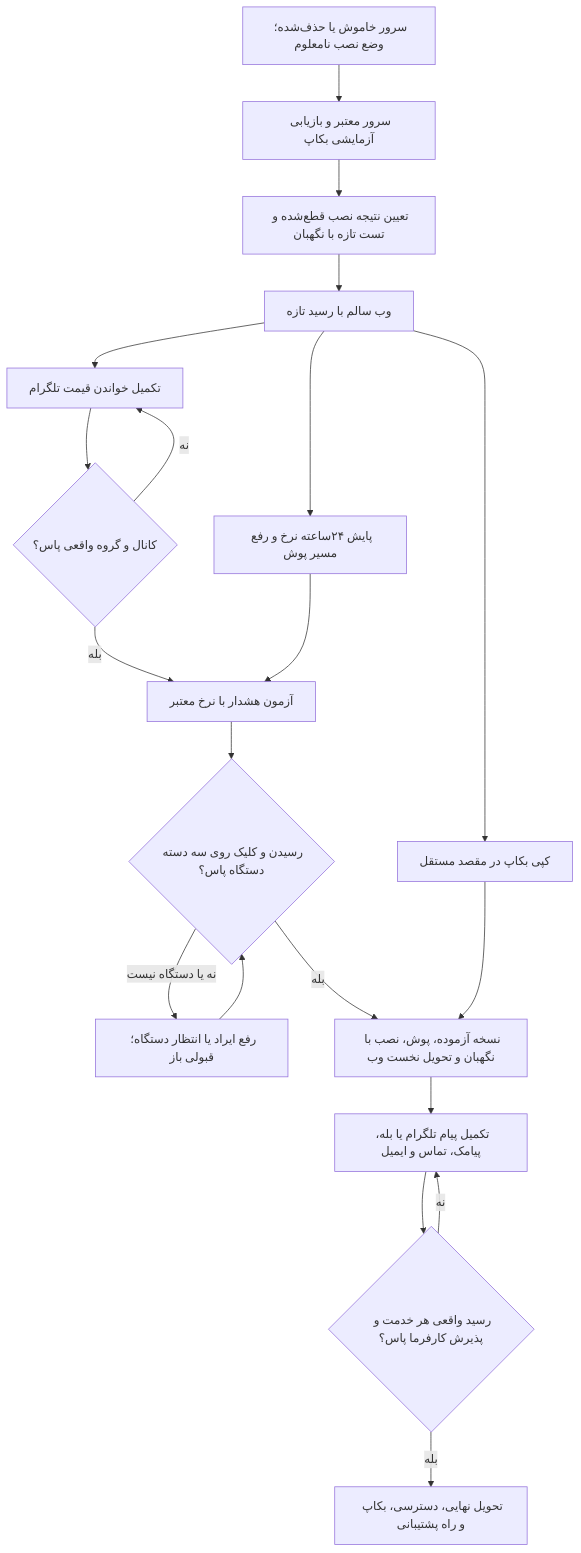
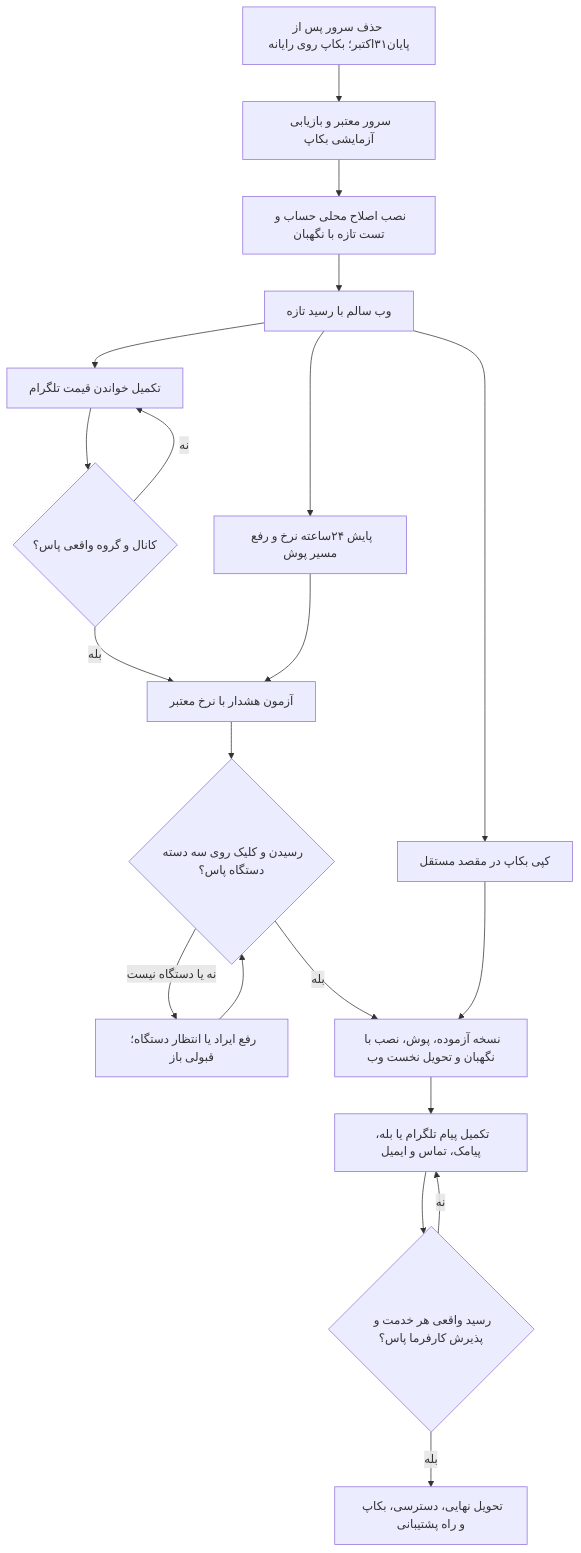
One commit to Ilia-Shakeri/Nerkhbaan changed the first of 2 diagrams in docs/project-completion-roadmap-fa.md. Above: the diagram before and after it, drawn with Mermaid. The commit also changed other lines of this file and 14 other files, not shown here.

````diff
--- a/docs/project-completion-roadmap-fa.md
+++ b/docs/project-completion-roadmap-fa.md
@@ -41,22 +41,22 @@
 ```mermaid
 flowchart TD
-    S[سرور خاموش یا حذف‌شده؛ وضع نصب نامعلوم] --> R[سرور معتبر و بازیابی آزمایشی بکاپ]
-    R --> T[تعیین نتیجه نصب قطع‌شده و تست تازه با نگهبان]
+    S[حذف سرور پس از پایان۳۱اکتبر؛ بکاپ روی رایانه] --> R[سرور معتبر و بازیابی آزمایشی بکاپ]
+    R --> T[نصب اصلاح محلی حساب و تست تازه با نگهبان]
     T --> A[وب سالم با رسید تازه]
     A --> B[کپی بکاپ در مقصد مستقل]
     A --> C[تکمیل خواندن قیمت تلگرام]
     A --> D[پایش ۲۴ساعته نرخ و رفع مسیر پوش]
     C --> E{کانال و گروه واقعی پاس؟}
     E -->|نه| C
     E -->|بله| F[آزمون هشدار با نرخ معتبر]
     D --> F
     F --> G{رسیدن و کلیک روی سه دسته دستگاه پاس؟}
     G -->|نه یا دستگاه نیست| H[رفع ایراد یا انتظار دستگاه؛ قبولی باز]
     H --> G
     G -->|بله| I[نسخه آزموده، پوش، نصب با نگهبان و تحویل نخست وب]
     B --> I
     I --> J[تکمیل پیام تلگرام یا بله، پیامک، تماس و ایمیل]
     J --> K{رسید واقعی هر خدمت و پذیرش کارفرما پاس؟}
     K -->|نه| J
     K -->|بله| L[تحویل نهایی، دسترسی، بکاپ و راه پشتیبانی]
 ```
````
